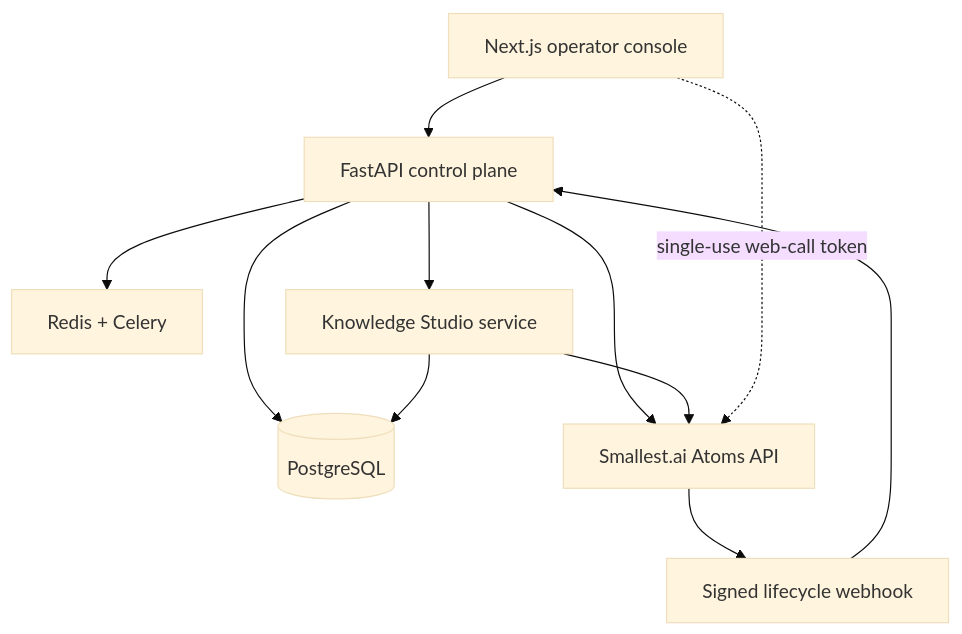
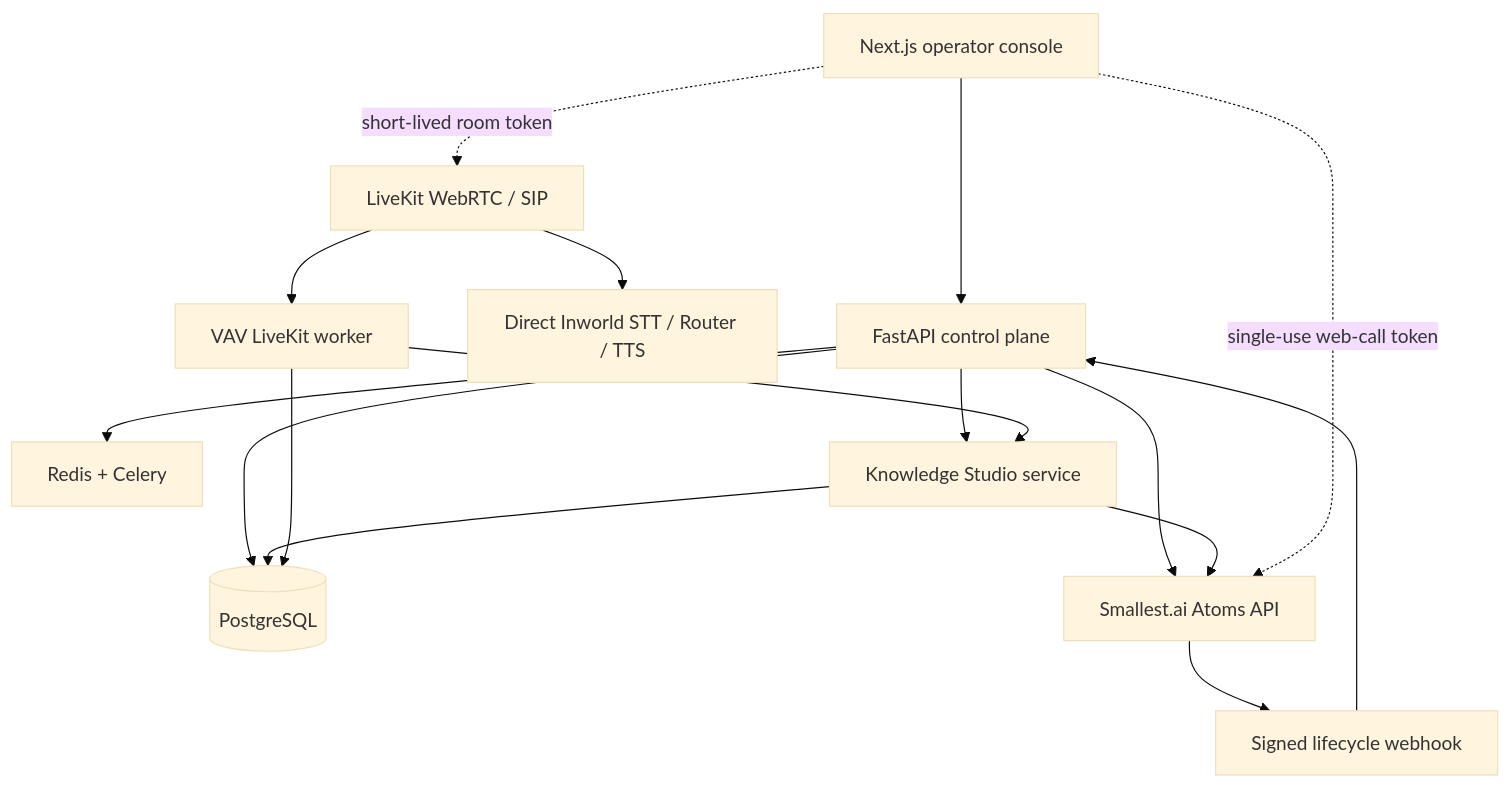
One commit to vimalvijayakumar1983/Voice-Ai-Agent changed the diagram in README.md. Above: the diagram before and after it, drawn with Mermaid (base theme). The commit also changed other lines of this file and 32 other files, not shown here.

Commit message:
Add secure LiveKit Inworld playground sessions

````diff
--- a/README.md
+++ b/README.md
@@ -24,13 +25,18 @@
 ```mermaid
 flowchart TD
     UI["Next.js operator console"] --> API["FastAPI control plane"]
     API --> DB[(PostgreSQL)]
     API --> Queue["Redis + Celery"]
     API --> Atoms["Smallest.ai Atoms API"]
     API --> Knowledge["Knowledge Studio service"]
     Knowledge --> DB
     Knowledge --> Atoms
     Atoms --> Hook["Signed lifecycle webhook"]
     Hook --> API
     UI -. "single-use web-call token" .-> Atoms
+    UI -. "short-lived room token" .-> LiveKit["LiveKit WebRTC / SIP"]
+    LiveKit --> Inworld["Direct Inworld STT / Router / TTS"]
+    LiveKit --> LKWorker["VAV LiveKit worker"]
+    LKWorker --> DB
+    LKWorker --> Knowledge
 ```
````
